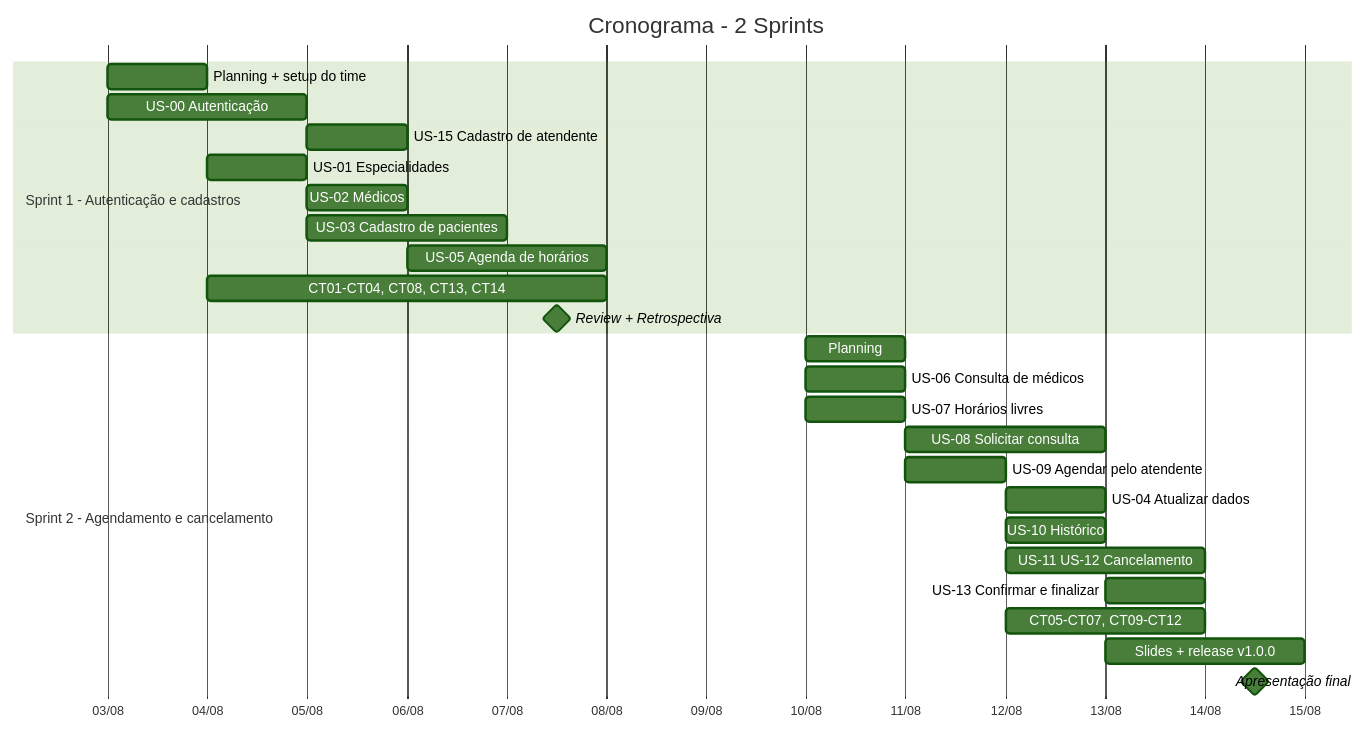
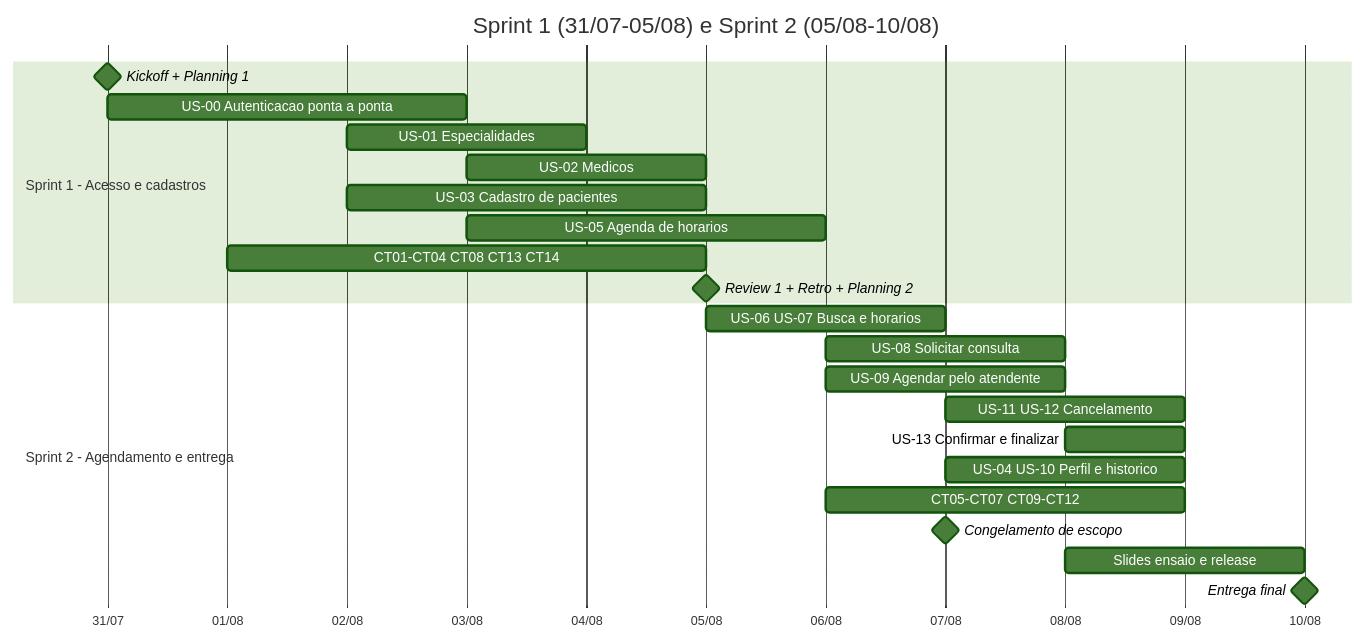
One commit to jacksoncassemiro/av2-grupo-1-engenharia-software-moderna-oxetech-academy changed the diagram in docs/12-cronograma.md. Above: the diagram before and after it, drawn with Mermaid (forest theme). The commit also changed other lines of this file and 78 other files, not shown here.

````diff
--- a/docs/12-cronograma.md
+++ b/docs/12-cronograma.md
@@ -12,31 +32,28 @@
 ```mermaid
 gantt
     dateFormat YYYY-MM-DD
     axisFormat %d/%m
-    title Cronograma - 2 Sprints
+    title Sprint 1 (31/07-05/08) e Sprint 2 (05/08-10/08)
 
-    section Sprint 1 - Autenticação e cadastros
-    Planning + setup do time          :s1a, 2026-08-03, 1d
-    US-00 Autenticação                :s1b, 2026-08-03, 2d
-    US-15 Cadastro de atendente       :s1c, after s1b, 1d
-    US-01 Especialidades              :s1d, 2026-08-04, 1d
-    US-02 Médicos                     :s1e, after s1d, 1d
-    US-03 Cadastro de pacientes       :s1f, 2026-08-05, 2d
-    US-05 Agenda de horários          :s1g, 2026-08-06, 2d
-    CT01-CT04, CT08, CT13, CT14       :s1h, 2026-08-04, 4d
-    Review + Retrospectiva            :milestone, 2026-08-07, 1d
+    section Sprint 1 - Acesso e cadastros
+    Kickoff + Planning 1               :milestone, m1, 2026-07-31, 0d
+    US-00 Autenticacao ponta a ponta   :s1a, 2026-07-31, 3d
+    US-01 Especialidades               :s1b, 2026-08-02, 2d
+    US-02 Medicos                      :s1c, 2026-08-03, 2d
+    US-03 Cadastro de pacientes        :s1d, 2026-08-02, 3d
+    US-05 Agenda de horarios           :s1e, 2026-08-03, 3d
+    CT01-CT04 CT08 CT13 CT14           :s1f, 2026-08-01, 4d
+    Review 1 + Retro + Planning 2      :milestone, m2, 2026-08-05, 0d
 
-    section Sprint 2 - Agendamento e cancelamento
-    Planning                          :s2a, 2026-08-10, 1d
-    US-06 Consulta de médicos         :s2b, 2026-08-10, 1d
-    US-07 Horários livres             :s2c, 2026-08-10, 1d
-    US-08 Solicitar consulta          :s2d, 2026-08-11, 2d
-    US-09 Agendar pelo atendente      :s2e, 2026-08-11, 1d
-    US-04 Atualizar dados             :s2f, 2026-08-12, 1d
-    US-10 Histórico                   :s2g, 2026-08-12, 1d
-    US-11 US-12 Cancelamento          :s2h, 2026-08-12, 2d
-    US-13 Confirmar e finalizar       :s2i, 2026-08-13, 1d
-    CT05-CT07, CT09-CT12              :s2j, 2026-08-12, 2d
-    Slides + release v1.0.0           :s2k, 2026-08-13, 2d
-    Apresentação final                :milestone, 2026-08-14, 1d
+    section Sprint 2 - Agendamento e entrega
+    US-06 US-07 Busca e horarios       :s2a, 2026-08-05, 2d
+    US-08 Solicitar consulta           :s2b, 2026-08-06, 2d
+    US-09 Agendar pelo atendente       :s2c, 2026-08-06, 2d
+    US-11 US-12 Cancelamento           :s2d, 2026-08-07, 2d
+    US-13 Confirmar e finalizar        :s2e, 2026-08-08, 1d
+    US-04 US-10 Perfil e historico     :s2f, 2026-08-07, 2d
+    CT05-CT07 CT09-CT12                :s2g, 2026-08-06, 3d
+    Congelamento de escopo             :milestone, m3, 2026-08-07, 0d
+    Slides ensaio e release            :s2h, 2026-08-08, 2d
+    Entrega final                      :milestone, m4, 2026-08-10, 0d
 ```
````
